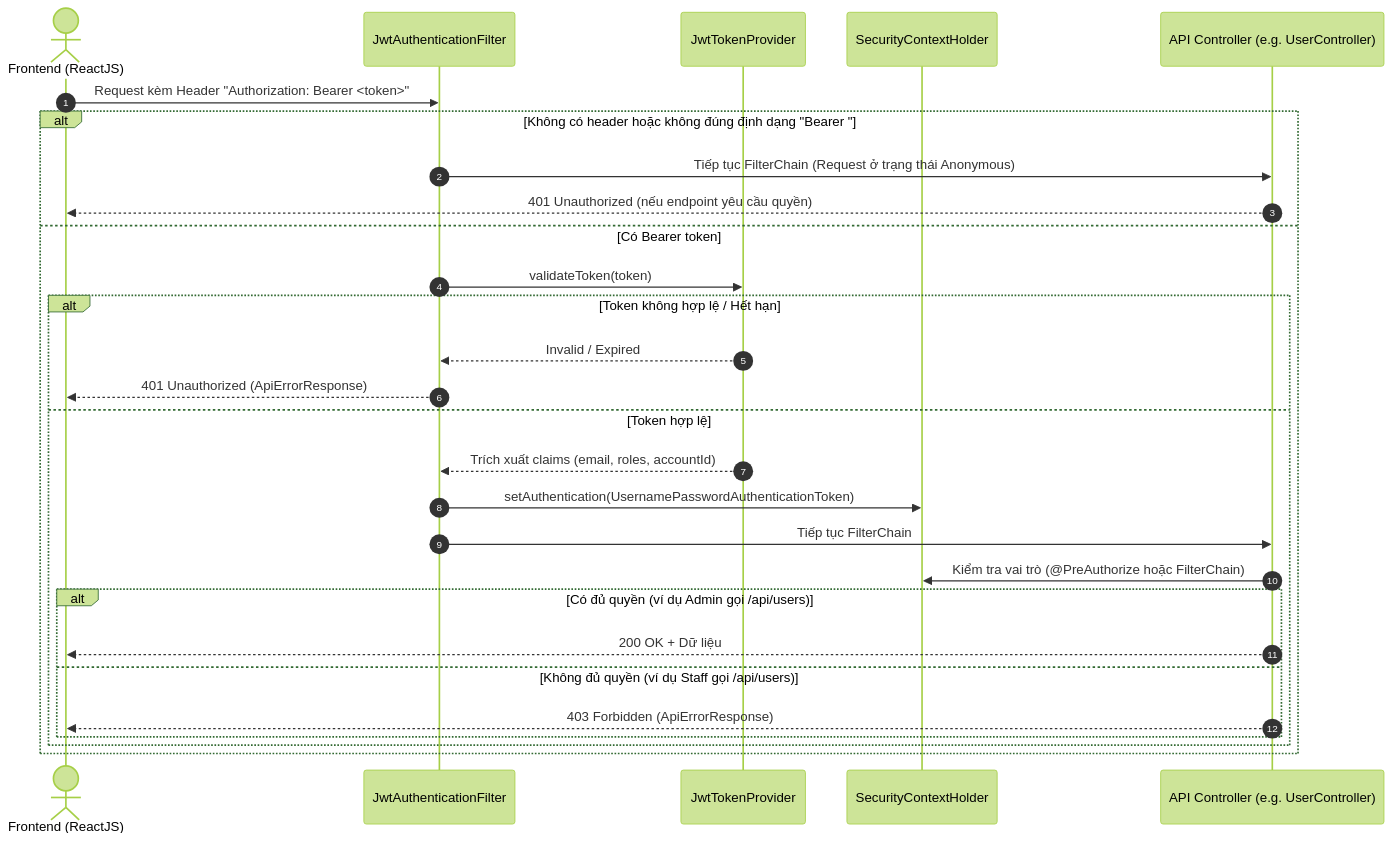
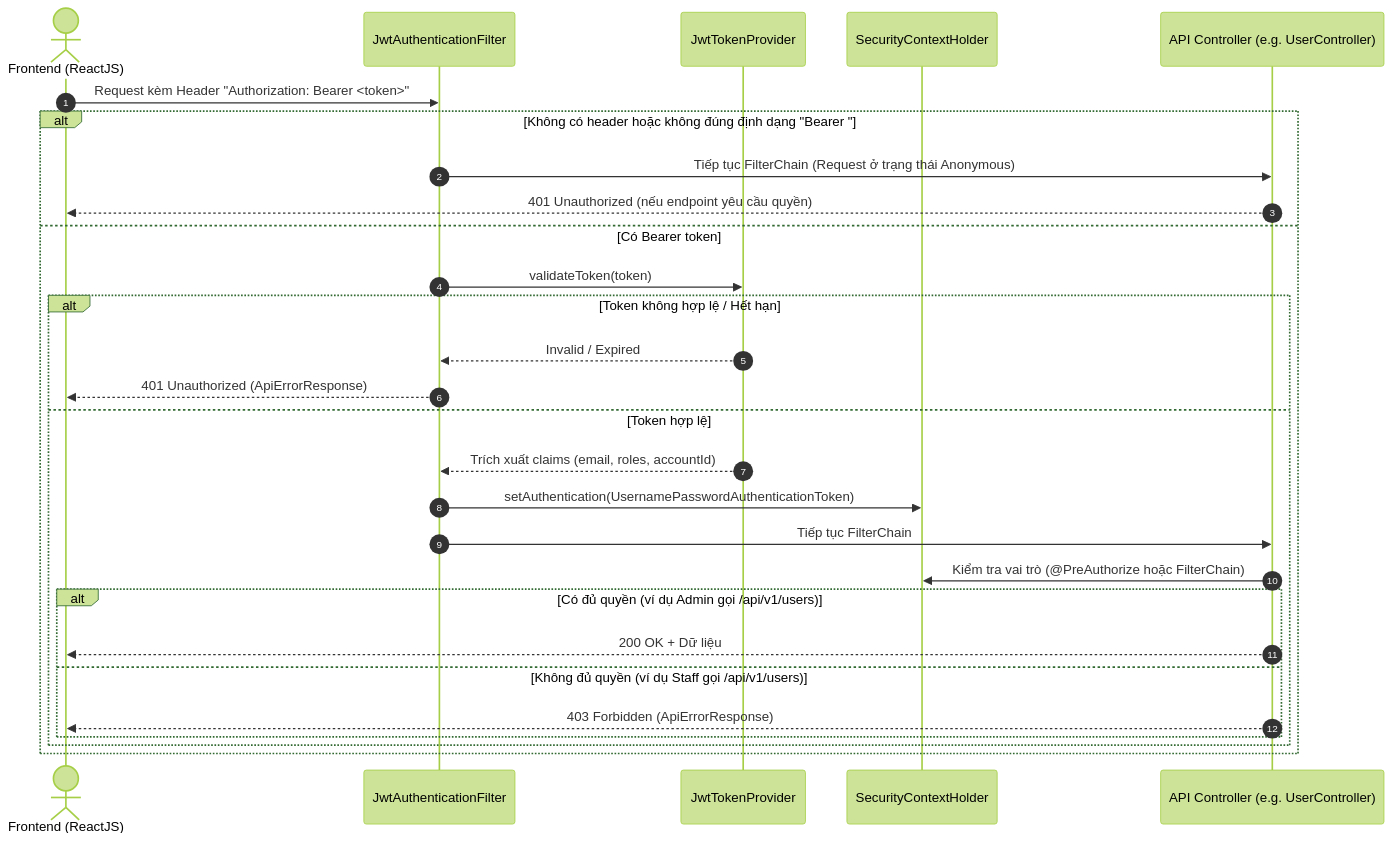
One commit to DuongDang0605/NMS_BE_Gruop6 changed the second of 2 diagrams in docs/security-plan.md. Above: the diagram before and after it, drawn with Mermaid (forest theme). The commit also changed other lines of this file and 21 other files, not shown here.

````diff
--- a/docs/security-plan.md
+++ b/docs/security-plan.md
@@ -72,31 +74,31 @@
 ```mermaid
 sequenceDiagram
     autonumber
     actor Client as Frontend (ReactJS)
     participant Filter as JwtAuthenticationFilter
     participant JwtProvider as JwtTokenProvider
     participant SecContext as SecurityContextHolder
     participant Endpoint as API Controller (e.g. UserController)
 
     Client->>Filter: Request kèm Header "Authorization: Bearer <token>"
     alt Không có header hoặc không đúng định dạng "Bearer "
         Filter->>Endpoint: Tiếp tục FilterChain (Request ở trạng thái Anonymous)
         Endpoint-->>Client: 401 Unauthorized (nếu endpoint yêu cầu quyền)
     else Có Bearer token
         Filter->>JwtProvider: validateToken(token)
         alt Token không hợp lệ / Hết hạn
             JwtProvider-->>Filter: Invalid / Expired
             Filter-->>Client: 401 Unauthorized (ApiErrorResponse)
         else Token hợp lệ
             JwtProvider-->>Filter: Trích xuất claims (email, roles, accountId)
             Filter->>SecContext: setAuthentication(UsernamePasswordAuthenticationToken)
             Filter->>Endpoint: Tiếp tục FilterChain
             Endpoint->>SecContext: Kiểm tra vai trò (@PreAuthorize hoặc FilterChain)
-            alt Có đủ quyền (ví dụ Admin gọi /api/users)
+            alt Có đủ quyền (ví dụ Admin gọi /api/v1/users)
                 Endpoint-->>Client: 200 OK + Dữ liệu
-            else Không đủ quyền (ví dụ Staff gọi /api/users)
+            else Không đủ quyền (ví dụ Staff gọi /api/v1/users)
                 Endpoint-->>Client: 403 Forbidden (ApiErrorResponse)
             end
         end
     end
 ```
````
